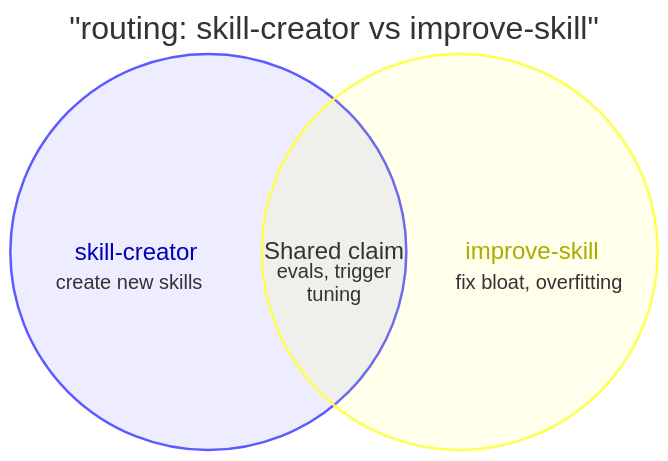
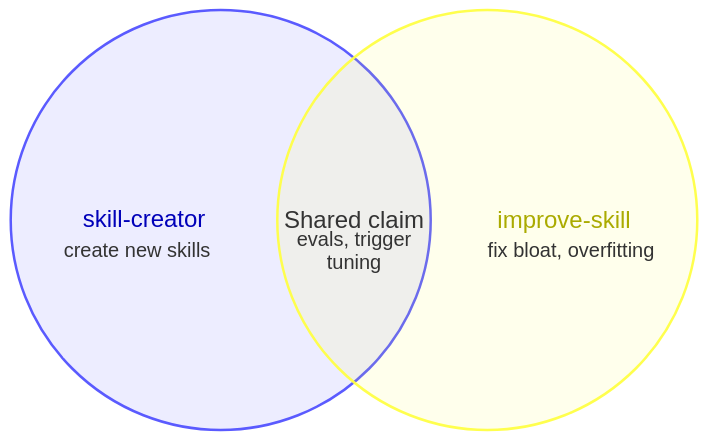
The diagram in dist/claude-code/ai-assistant-ops/skills/harness-overlap-audit/SKILL.md (Alex-Kopylov/zweihander), drawn with Mermaid before and after one commit. The commit also changed other lines of this file and 2 other files, not shown here.

First line of the commit message:
refactor(ai-assistant-ops): compress harness-overlap-audit skill

````diff
--- a/dist/claude-code/ai-assistant-ops/skills/harness-overlap-audit/SKILL.md
+++ b/dist/claude-code/ai-assistant-ops/skills/harness-overlap-audit/SKILL.md
@@ -124,10 +95,9 @@
 ```mermaid
 venn-beta
-  title "routing: skill-creator vs improve-skill"
   set A["skill-creator"]
     text A1["create new skills"]
   set B["improve-skill"]
     text B1["fix bloat, overfitting"]
   union A,B["Shared claim"]
     text AB1["evals, trigger tuning"]
 ```
````
